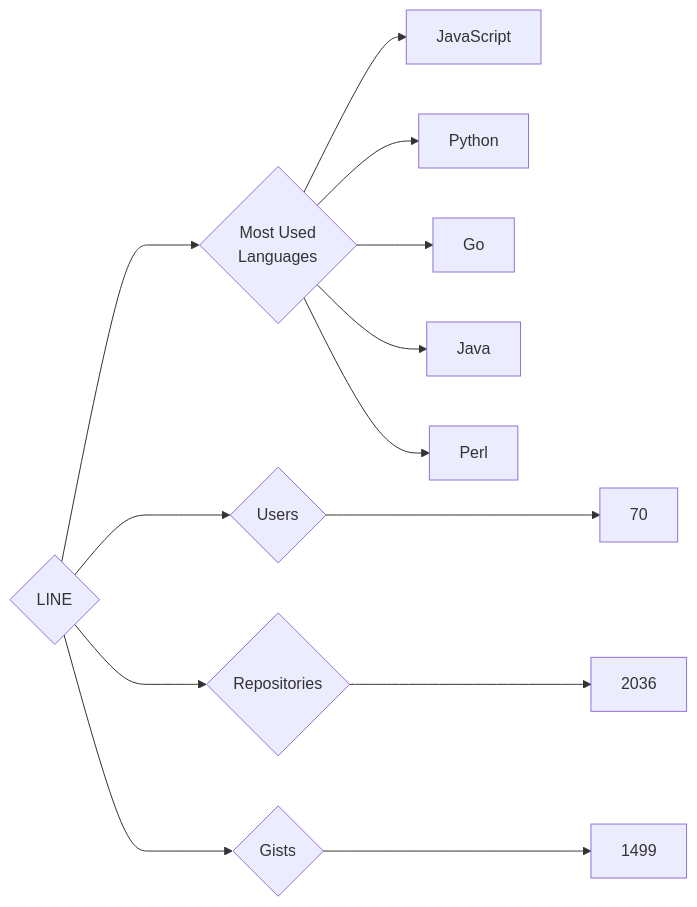
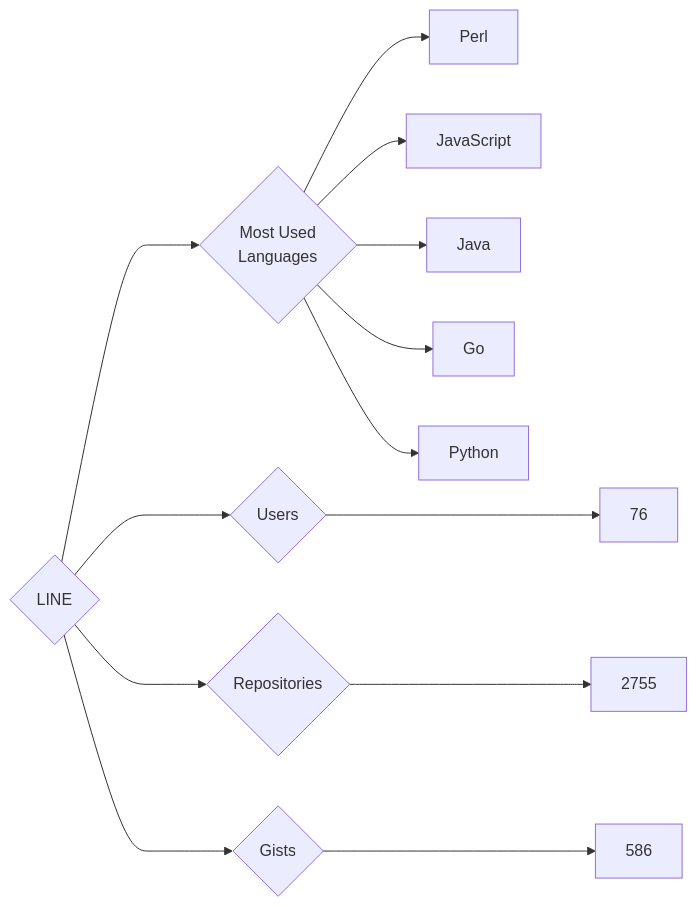
One commit to trickest/insiders changed the diagram in targets/LINE/README.md. Above: the diagram before and after it, drawn with Mermaid. The commit also changed 916 other files, not shown here.

````diff
--- a/targets/LINE/README.md
+++ b/targets/LINE/README.md
@@ -3,13 +3,13 @@
 ```mermaid
 graph LR
 COMPANY_NAME{LINE}
-COMPANY_NAME ---> U{Users} ---> UN[70]
-COMPANY_NAME ---> R{Repositories} ---> RN[2036]
-COMPANY_NAME ---> G{Gists} ---> GN[1499]
+COMPANY_NAME ---> U{Users} ---> UN[76]
+COMPANY_NAME ---> R{Repositories} ---> RN[2755]
+COMPANY_NAME ---> G{Gists} ---> GN[586]
 COMPANY_NAME ---> ML{Most Used<br>Languages}
+ML --> Perl[Perl]
 ML --> JavaScript[JavaScript]
+ML --> Java[Java]
+ML --> Go[Go]
 ML --> Python[Python]
-ML --> Go[Go]
-ML --> Java[Java]
-ML --> Perl[Perl]
 ```
````
